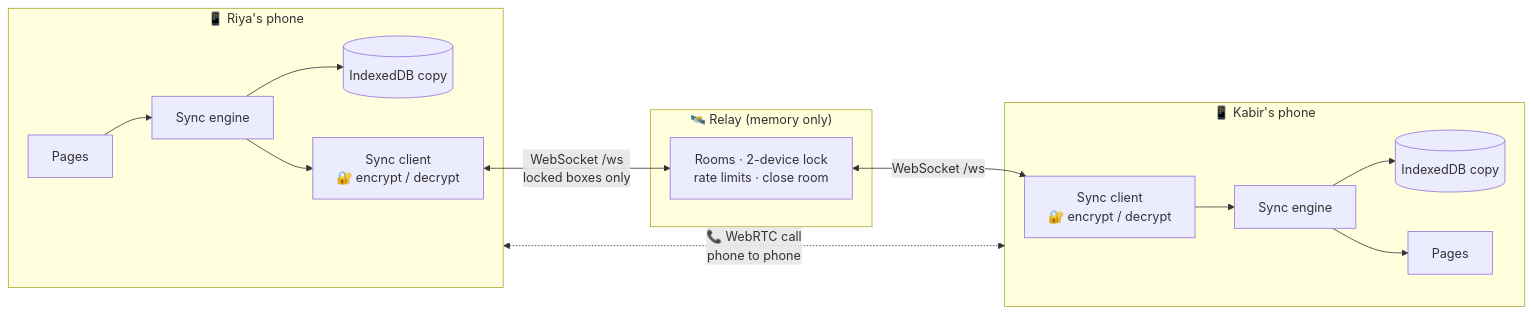
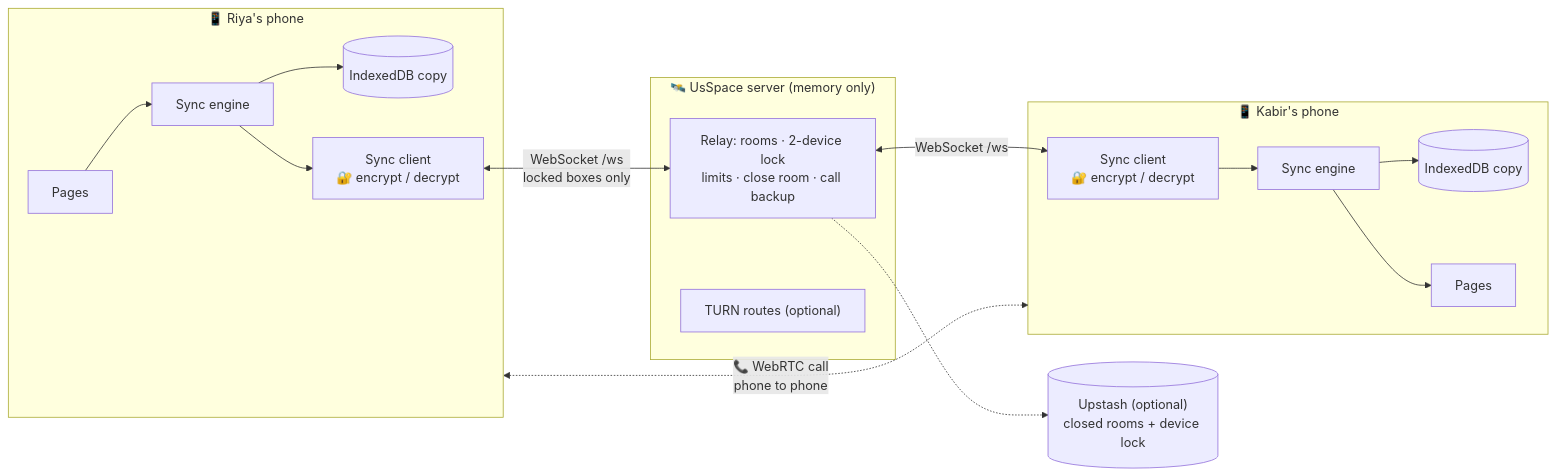
Before and after one commit to silent-coder-dev/private-space: the second of 2 diagrams in front-end/doc/02-approaches.md, drawn with Mermaid. The commit also changed other lines of this file and 78 other files, not shown here.

````diff
--- a/front-end/doc/02-approaches.md
+++ b/front-end/doc/02-approaches.md
@@ -67,19 +71,22 @@
 ```mermaid
 flowchart LR
     subgraph PhoneA["📱 Riya's phone"]
       UIA["Pages"] --> EA["Sync engine"]
       EA --> LA[("IndexedDB copy")]
       EA --> CA["Sync client<br/>🔐 encrypt / decrypt"]
     end
-    subgraph Server["🛰️ Relay (memory only)"]
-      R["Rooms · 2-device lock<br/>rate limits · close room"]
+    subgraph Server["🛰️ UsSpace server (memory only)"]
+      R["Relay: rooms · 2-device lock<br/>limits · close room · call backup"]
+      T["TURN routes (optional)"]
     end
     subgraph PhoneB["📱 Kabir's phone"]
       CB["Sync client<br/>🔐 encrypt / decrypt"] --> EB["Sync engine"]
       EB --> LB[("IndexedDB copy")]
       EB --> UIB["Pages"]
     end
+    DB[("Upstash (optional)<br/>closed rooms + device lock")]
     CA <-- "WebSocket /ws<br/>locked boxes only" --> R
     R <-- "WebSocket /ws" --> CB
+    R -.-> DB
     PhoneA <-. "📞 WebRTC call<br/>phone to phone" .-> PhoneB
 ```
````
